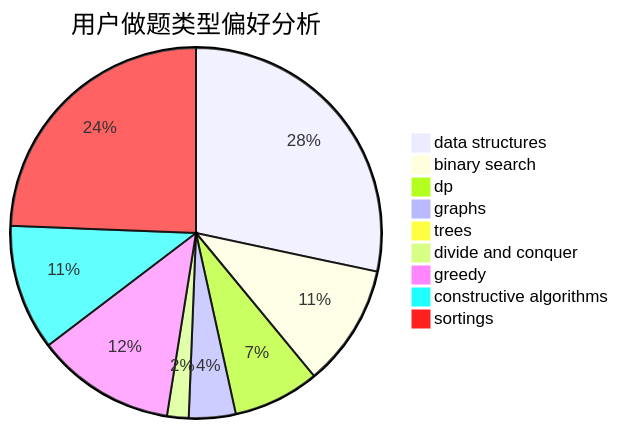
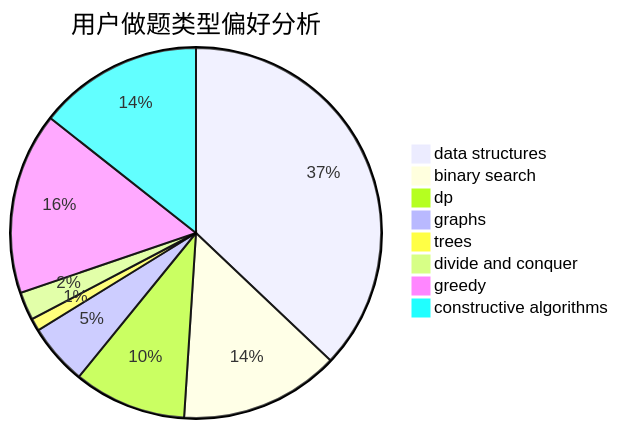
One commit to sherpahu/cfrs.github.io changed the second of 3 diagrams in docs/user/u878.md. Above: the diagram before and after it, drawn with Mermaid. The commit also changed other lines of this file and 2769 other files, not shown here.

````diff
--- a/docs/user/u878.md
+++ b/docs/user/u878.md
@@ -18,12 +18,11 @@
 ```mermaid
 pie title 用户做题类型偏好分析
     "data structures" :  271
     "binary search" :  102
     "dp" :  72
     "graphs" :  39
     "trees" :  8
     "divide and conquer" :  18
     "greedy" :  116
     "constructive algorithms" :  105
-    "sortings" :  233
 ```
````
